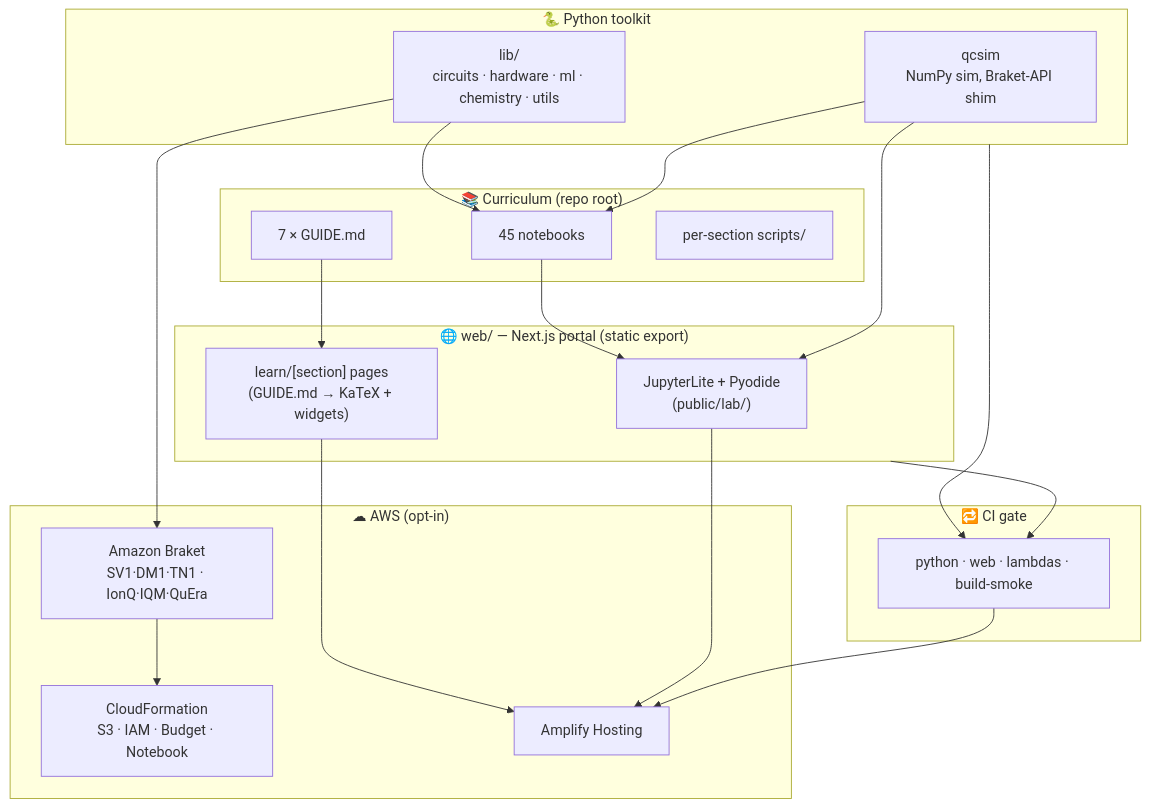
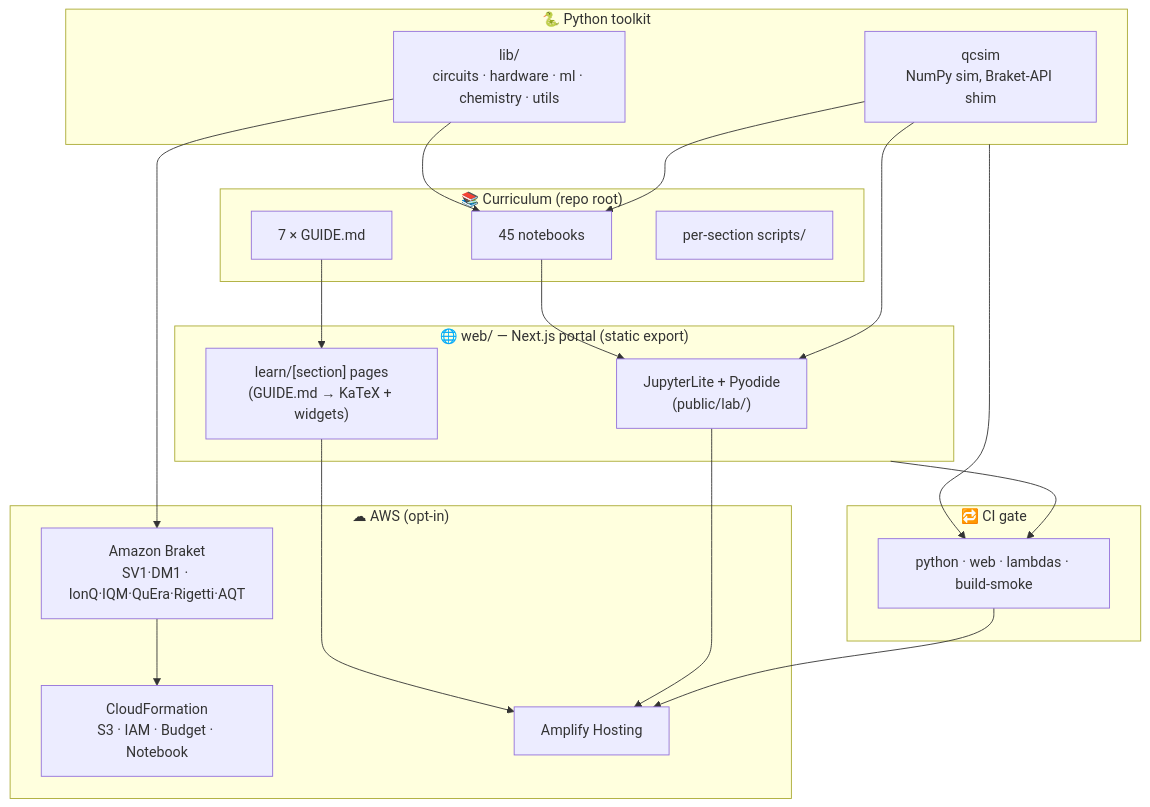
The third of 5 diagrams in README.md (AltivumInc-Admin/quantum-computing), drawn with Mermaid before and after one commit. The commit also changed other lines of this file and 6 other files, not shown here.

````diff
--- a/README.md
+++ b/README.md
@@ -246,41 +246,41 @@
 ```mermaid
 flowchart TB
     subgraph content["📚 Curriculum (repo root)"]
         guides["7 × GUIDE.md"]
         nbs["45 notebooks"]
         sci["per-section scripts/"]
     end
 
     subgraph py["🐍 Python toolkit"]
         lib["lib/<br/>circuits · hardware · ml · chemistry · utils"]
         qcsim["qcsim<br/>NumPy sim, Braket-API shim"]
     end
 
     subgraph web["🌐 web/ — Next.js portal (static export)"]
         pages["learn/[section] pages<br/>(GUIDE.md → KaTeX + widgets)"]
         lab["JupyterLite + Pyodide<br/>(public/lab/)"]
     end
 
     subgraph aws["☁ AWS (opt-in)"]
-        braket["Amazon Braket<br/>SV1·DM1·TN1 · IonQ·IQM·QuEra"]
+        braket["Amazon Braket<br/>SV1·DM1 · IonQ·IQM·QuEra·Rigetti·AQT"]
         infra["CloudFormation<br/>S3 · IAM · Budget · Notebook"]
         amplify["Amplify Hosting"]
     end
 
     lib --> nbs
     qcsim --> nbs
     guides --> pages
     nbs --> lab
     qcsim --> lab
     lib --> braket
     braket --> infra
     pages --> amplify
     lab --> amplify
 
     subgraph ci["🔁 CI gate"]
         gate["python · web · lambdas · build-smoke"]
     end
     py --> gate
     web --> gate
     gate --> amplify
 ```
````
